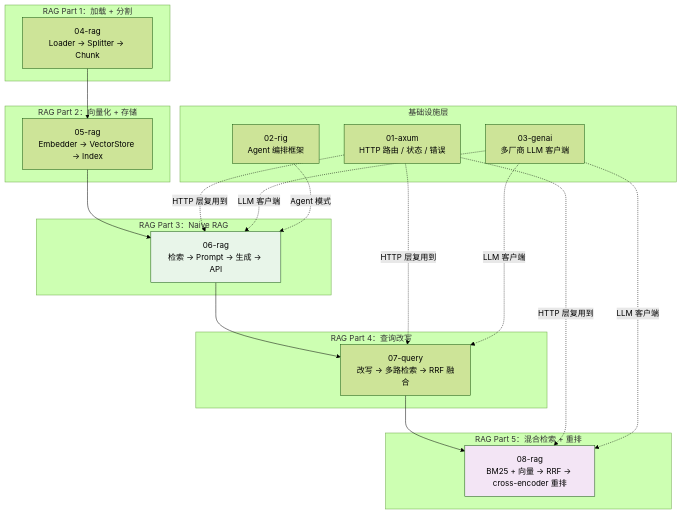
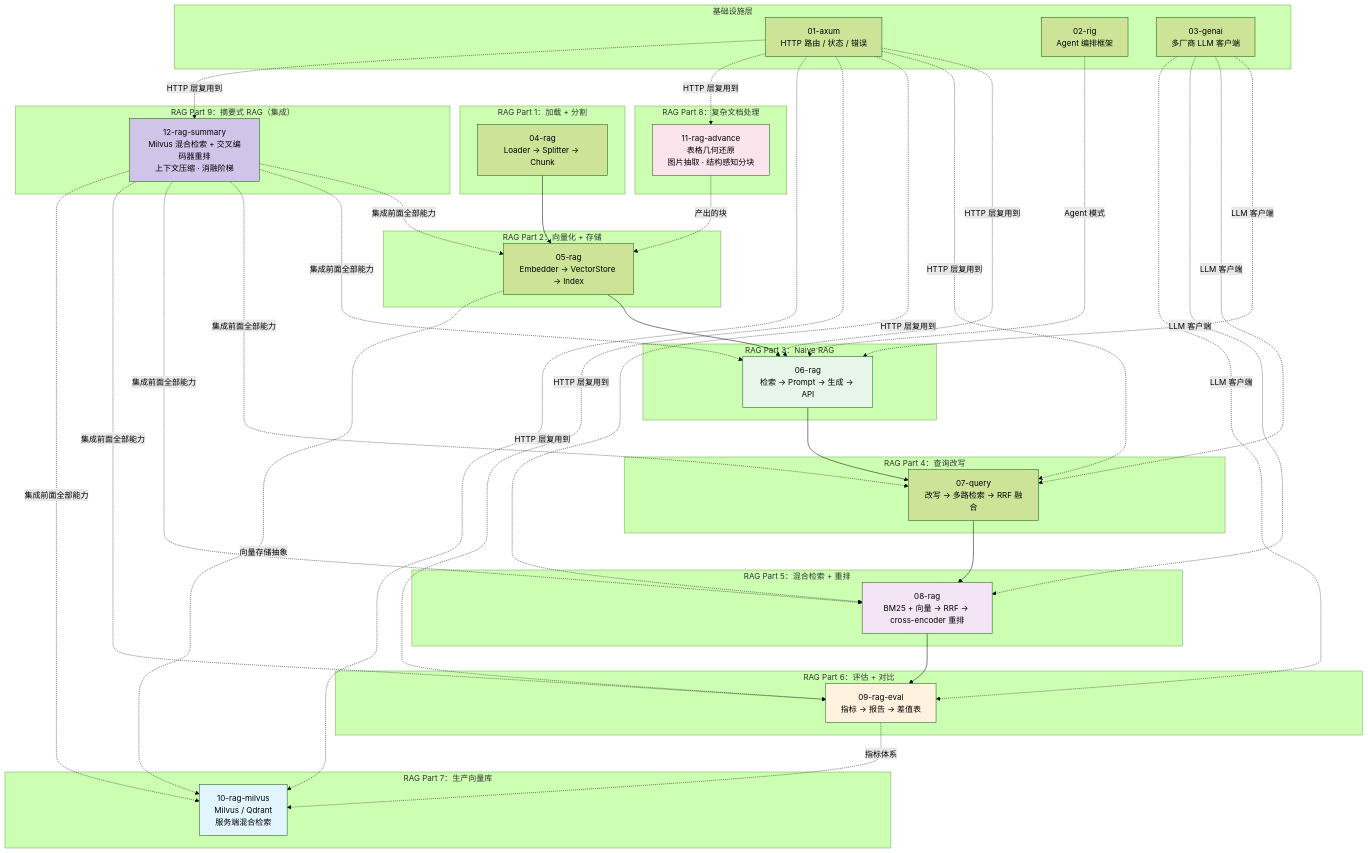
Before and after one commit to heheshang/agent-learn: the second of 5 diagrams in README.md, drawn with Mermaid (forest theme). The commit also changed other lines of this file and 24 other files, not shown here.

First line of the commit message:
feat(12-rag-summary): 摘要式 RAG —— 混合检索 + Reranker + Milvus 集成

````diff
--- a/README.md
+++ b/README.md
@@ -19,36 +96,60 @@
 ```mermaid
 graph TB
     subgraph L0["基础设施层"]
         AX["01-axum<br/>HTTP 路由 / 状态 / 错误"]
         RG["02-rig<br/>Agent 编排框架"]
         GN["03-genai<br/>多厂商 LLM 客户端"]
     end
 
     subgraph L1["RAG Part 1：加载 + 分割"]
         R4["04-rag<br/>Loader → Splitter → Chunk"]
     end
 
     subgraph L2["RAG Part 2：向量化 + 存储"]
         R5["05-rag<br/>Embedder → VectorStore → Index"]
     end
 
     subgraph L3["RAG Part 3：Naive RAG"]
         R6["06-rag<br/>检索 → Prompt → 生成 → API"]
     end
 
     subgraph L4["RAG Part 4：查询改写"]
         R7["07-query<br/>改写 → 多路检索 → RRF 融合"]
     end
 
     subgraph L5["RAG Part 5：混合检索 + 重排"]
         R8["08-rag<br/>BM25 + 向量 → RRF → cross-encoder 重排"]
     end
 
-    R4 --> R5 --> R6 --> R7 --> R8
-    AX -.HTTP 层复用到.-> R6 & R7 & R8
-    GN -.LLM 客户端.-> R6 & R7 & R8
+    subgraph L6["RAG Part 6：评估 + 对比"]
+        R9["09-rag-eval<br/>指标 → 报告 → 差值表"]
+    end
+
+    subgraph L7["RAG Part 7：生产向量库"]
+        R10["10-rag-milvus<br/>Milvus / Qdrant<br/>服务端混合检索"]
+    end
+
+    subgraph L8["RAG Part 8：复杂文档处理"]
+        R11["11-rag-advance<br/>表格几何还原<br/>图片抽取 · 结构感知分块"]
+    end
+
+    subgraph L9["RAG Part 9：摘要式 RAG（集成）"]
+        R12["12-rag-summary<br/>Milvus 混合检索 + 交叉编码器重排<br/>上下文压缩 · 消融阶梯"]
+    end
+
+    R4 --> R5 --> R6 --> R7 --> R8 --> R9
+    R5 -.向量存储抽象.-> R10
+    R9 -.指标体系.-> R10
+    R11 -.产出的块.-> R5
+    R12 -.集成前面全部能力.-> R5 & R6 & R7 & R8 & R9 & R10
+    AX -.HTTP 层复用到.-> R6 & R7 & R8 & R9 & R10 & R11 & R12
+    GN -.LLM 客户端.-> R6 & R7 & R8 & R9
     RG -.Agent 模式.-> R6
 
     style R6 fill:#e8f5e9
     style R8 fill:#f3e5f5
+    style R9 fill:#fff3e0
+    style R10 fill:#e1f5fe
+    style R11 fill:#fce4ec
+    style R12 fill:#d1c4e9
 ```
````
